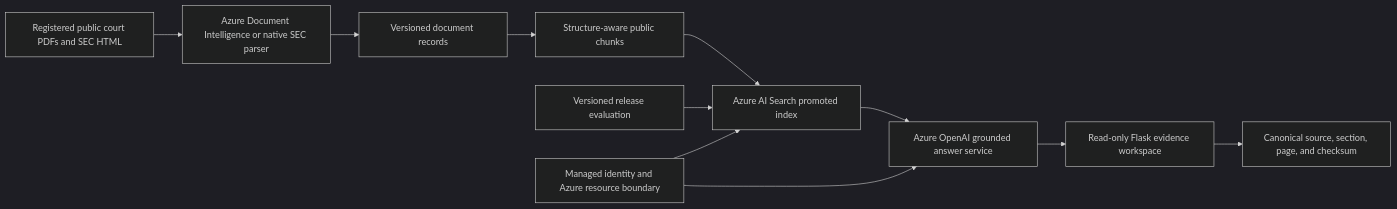
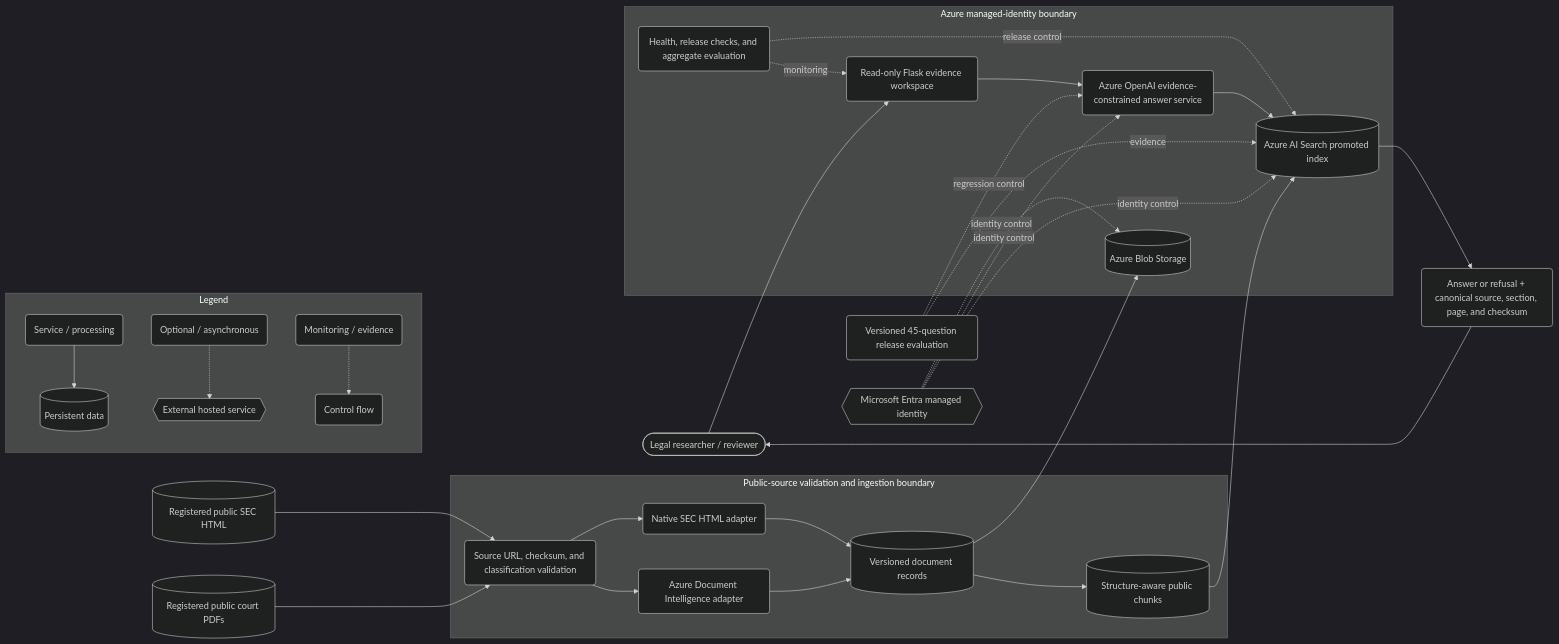
The diagram in architecture/system.mmd (vaibhavkhuranaaa/legal-document-intelligence-rag), drawn with Mermaid (dark theme) before and after one commit. The commit also changed 15 other files, not shown here.

```diff
--- a/architecture/system.mmd
+++ b/architecture/system.mmd
@@ -1,11 +1,43 @@
+%% portfolio-architecture: v1
 flowchart LR
-  Sources["Registered public court PDFs and SEC HTML"] --> Extract["Azure Document Intelligence or native SEC parser"]
-  Extract --> Records["Versioned document records"]
-  Records --> Chunks["Structure-aware public chunks"]
-  Chunks --> Search["Azure AI Search promoted index"]
-  Search --> Answer["Azure OpenAI grounded answer service"]
-  Answer --> App["Read-only Flask evidence workspace"]
-  App --> Citations["Canonical source, section, page, and checksum"]
-  Evaluation["Versioned release evaluation"] --> Search
-  Identity["Managed identity and Azure resource boundary"] --> Search
-  Identity --> Answer
+  Researcher(["Legal researcher / reviewer"])
+  Court[("Registered public court PDFs")]
+  SEC[("Registered public SEC HTML")]
+
+  subgraph Ingestion["Public-source validation and ingestion boundary"]
+    Registry("Source URL, checksum, and classification validation")
+    PDF("Azure Document Intelligence adapter")
+    HTML("Native SEC HTML adapter")
+    Records[("Versioned document records")]
+    Chunks[("Structure-aware public chunks")]
+  end
+
+  subgraph Azure["Azure managed-identity boundary"]
+    Blob[("Azure Blob Storage")]
+    Search[("Azure AI Search promoted index")]
+    Answer("Azure OpenAI evidence-constrained answer service")
+    App("Read-only Flask evidence workspace")
+    Observe("Health, release checks, and aggregate evaluation")
+  end
+
+  Evaluation("Versioned 45-question release evaluation")
+  Citations("Answer or refusal + canonical source, section, page, and checksum")
+  Identity{{"Microsoft Entra managed identity"}}
+
+  Researcher --> App --> Answer --> Search --> Citations --> Researcher
+  Court --> Registry --> PDF --> Records --> Chunks --> Search
+  SEC --> Registry --> HTML --> Records
+  Records --> Blob
+  Identity -. identity control .-> Search
+  Identity -. identity control .-> Answer
+  Identity -. identity control .-> Blob
+  Evaluation -. evidence .-> Search
+  Evaluation -. regression control .-> Answer
+  Observe -. monitoring .-> App
+  Observe -. release control .-> Search
+
+  subgraph Legend["Legend"]
+    L1("Service / processing") --> L2[("Persistent data")]
+    L3("Optional / asynchronous") -.-> L4{{"External hosted service"}}
+    L5("Monitoring / evidence") -.-> L6("Control flow")
+  end
```
